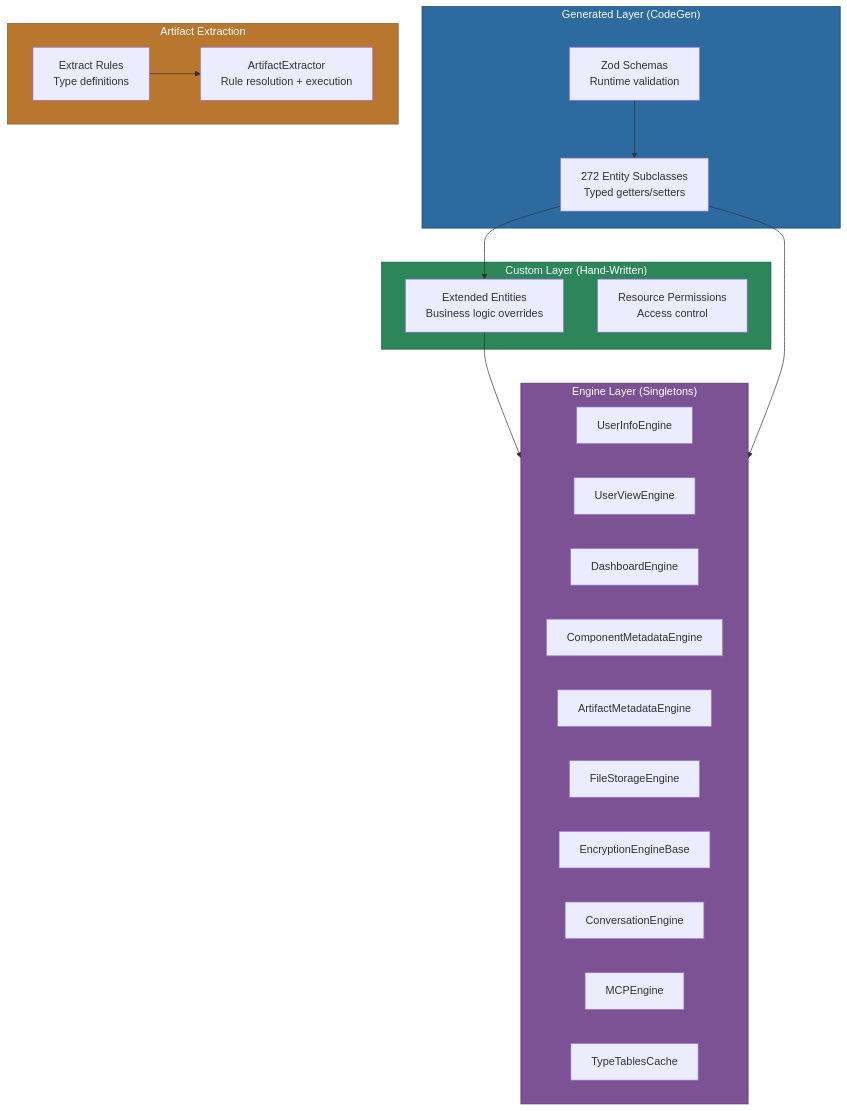
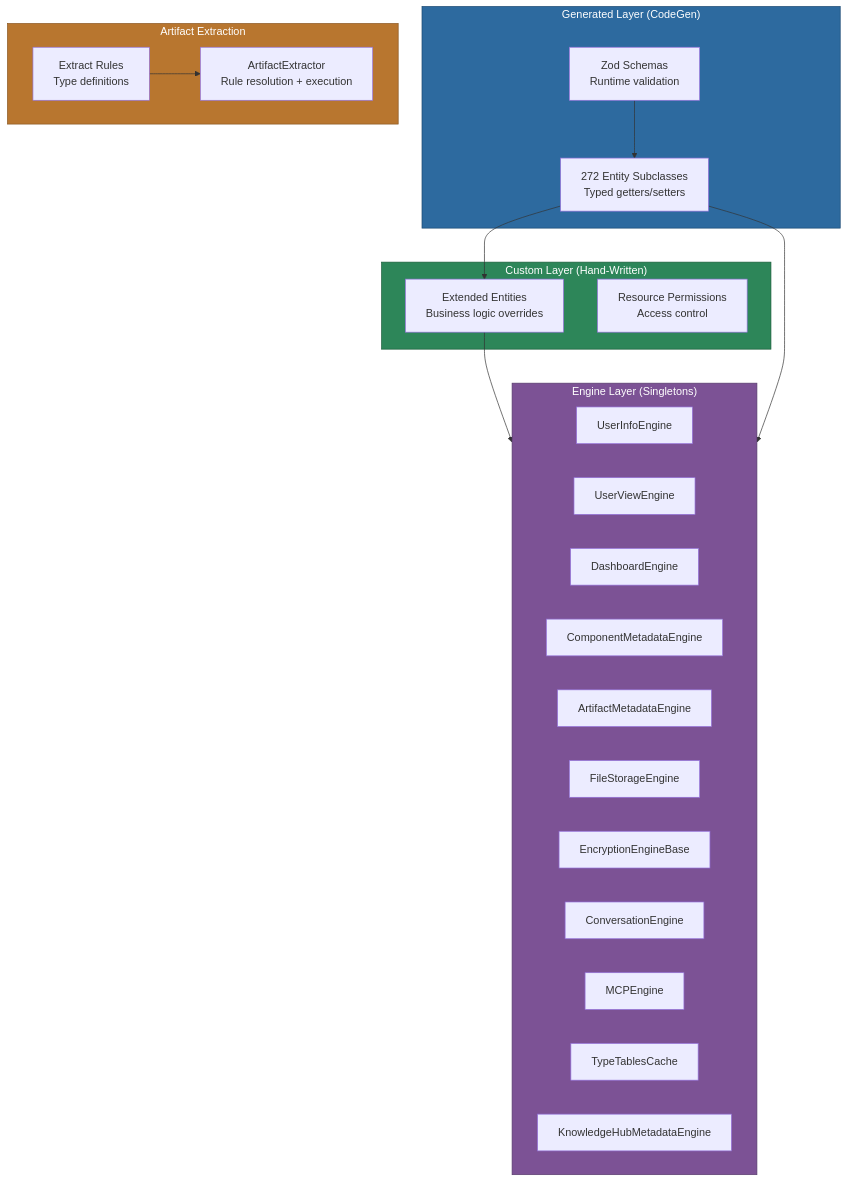
The first of 4 diagrams in packages/MJCoreEntities/readme.md (MemberJunction/MJ), drawn with Mermaid before and after one commit. The commit also changed other lines of this file and 34 other files, not shown here.

````diff
--- a/packages/MJCoreEntities/readme.md
+++ b/packages/MJCoreEntities/readme.md
@@ -17,41 +17,42 @@
 ```mermaid
 flowchart TD
     subgraph Generated["Generated Layer (CodeGen)"]
         ZOD["Zod Schemas<br/>Runtime validation"]
         ENT["272 Entity Subclasses<br/>Typed getters/setters"]
     end
 
     subgraph Custom["Custom Layer (Hand-Written)"]
         EXT["Extended Entities<br/>Business logic overrides"]
         RPE["Resource Permissions<br/>Access control"]
     end
 
     subgraph Engines["Engine Layer (Singletons)"]
         UIE["UserInfoEngine"]
         UVE["UserViewEngine"]
         DE["DashboardEngine"]
         CME["ComponentMetadataEngine"]
         AME["ArtifactMetadataEngine"]
         FE["FileStorageEngine"]
         EE["EncryptionEngineBase"]
         CE["ConversationEngine"]
         ME["MCPEngine"]
         TTC["TypeTablesCache"]
+        KHE["KnowledgeHubMetadataEngine"]
     end
 
     subgraph Extraction["Artifact Extraction"]
         AER["Extract Rules<br/>Type definitions"]
         AEX["ArtifactExtractor<br/>Rule resolution + execution"]
     end
 
     ENT --> EXT
     ZOD --> ENT
     EXT --> Engines
     ENT --> Engines
     AER --> AEX
 
     style Generated fill:#2d6a9f,stroke:#1a4971,color:#fff
     style Custom fill:#2d8659,stroke:#1a5c3a,color:#fff
     style Engines fill:#7c5295,stroke:#563a6b,color:#fff
     style Extraction fill:#b8762f,stroke:#8a5722,color:#fff
 ```
````
